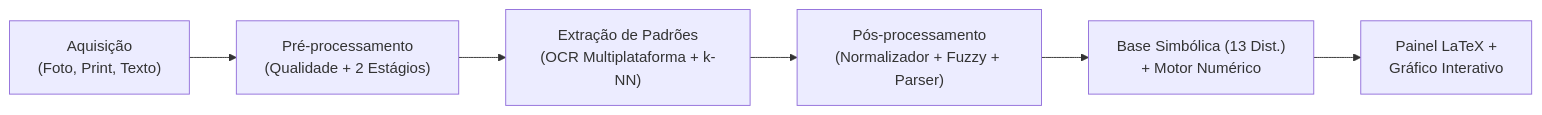
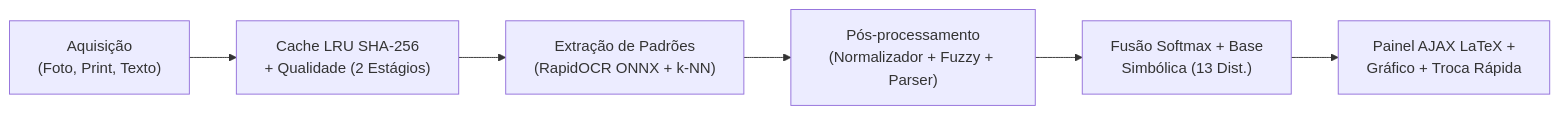
The diagram in RELATORIO_STATMATH_IEEE.md (Caio18011807/statmath_DEs), drawn with Mermaid before and after one commit. The commit also changed other lines of this file, not shown here.

Commit message:
Atualiza relatorio IEEE com RapidOCR ONNX, Softmax, cache LRU e 92.3% real

````diff
--- a/RELATORIO_STATMATH_IEEE.md
+++ b/RELATORIO_STATMATH_IEEE.md
@@ -59,8 +59,8 @@
 ```mermaid
 flowchart LR
-    A["Aquisição<br/>(Foto, Print, Texto)"] --> B["Pré-processamento<br/>(Qualidade + 2 Estágios)"]
-    B --> C["Extração de Padrões<br/>(OCR Multiplataforma + k-NN)"]
+    A["Aquisição<br/>(Foto, Print, Texto)"] --> B["Cache LRU SHA-256<br/>+ Qualidade (2 Estágios)"]
+    B --> C["Extração de Padrões<br/>(RapidOCR ONNX + k-NN)"]
     C --> D["Pós-processamento<br/>(Normalizador + Fuzzy + Parser)"]
-    D --> E["Base Simbólica (13 Dist.)<br/>+ Motor Numérico"]
-    E --> F["Painel LaTeX +<br/>Gráfico Interativo"]
+    D --> E["Fusão Softmax + Base<br/>Simbólica (13 Dist.)"]
+    E --> F["Painel AJAX LaTeX +<br/>Gráfico + Troca Rápida"]
 ```
````
